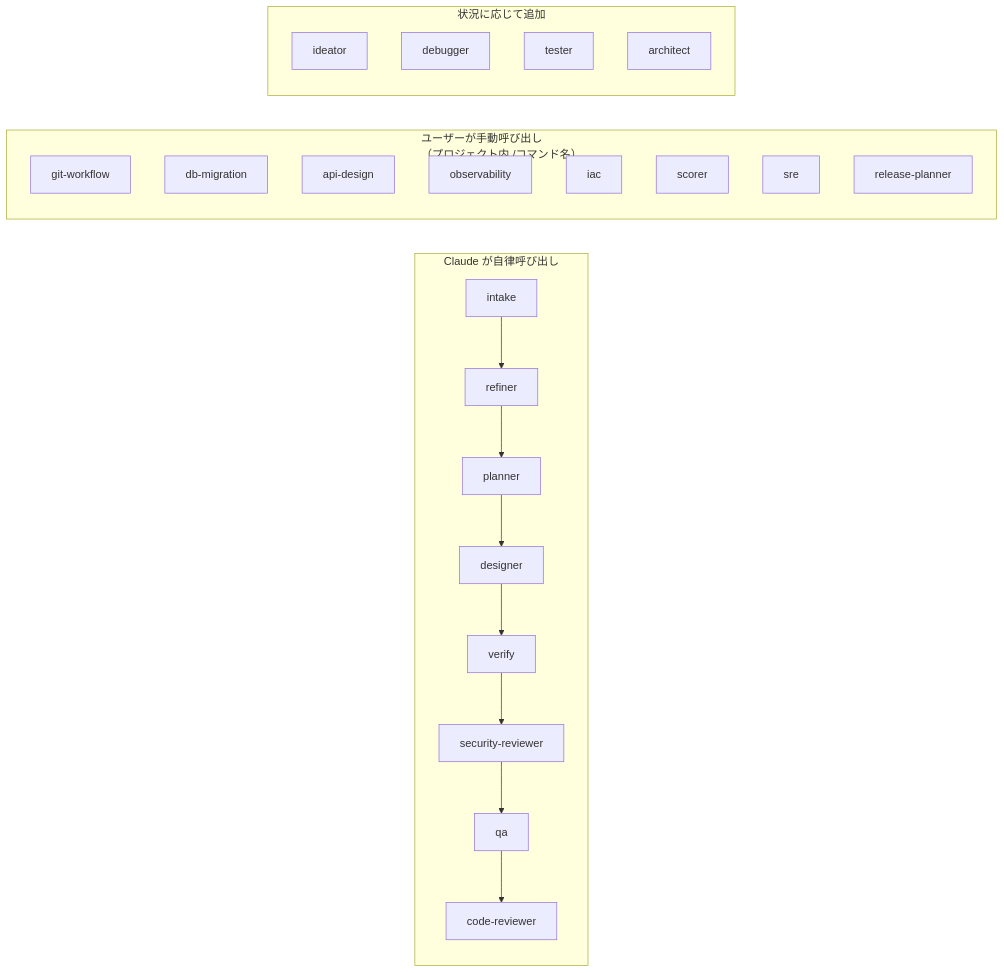
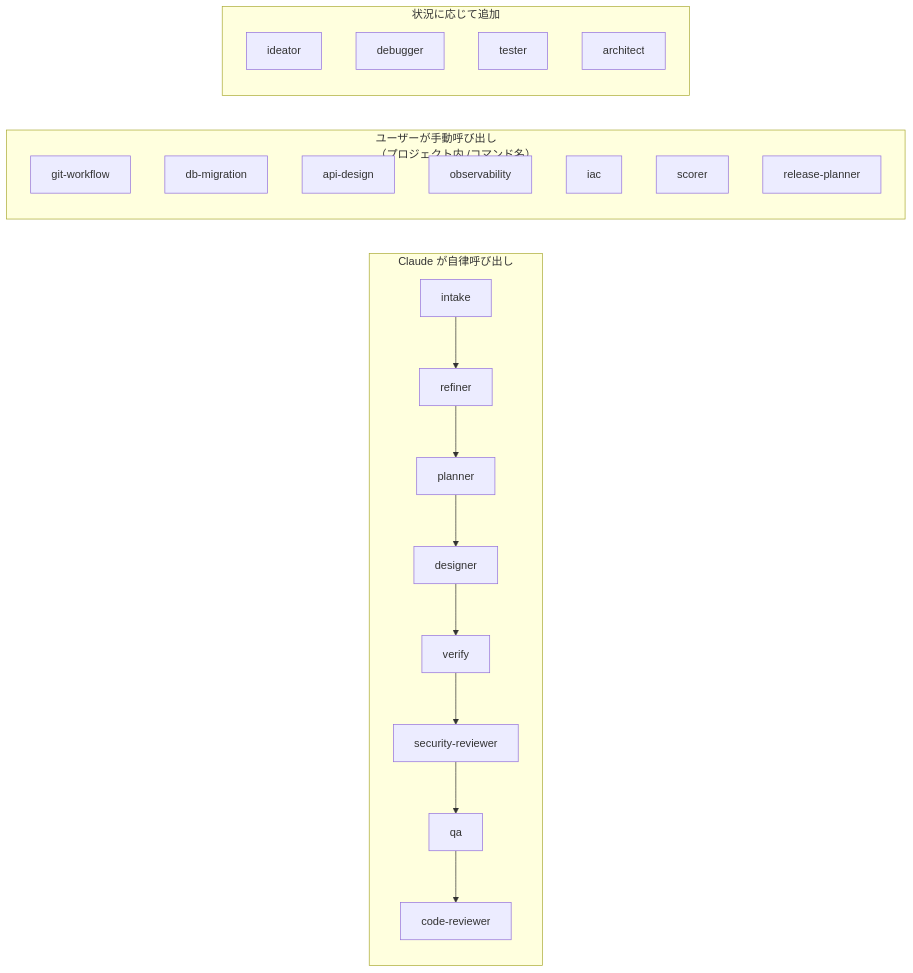
The third of 3 diagrams in claude/skills/craft/README.md (agaemo/dotfiles), drawn with Mermaid before and after one commit. The commit also changed 1 other file, not shown here.

Commit message:
修正: sre 削除に伴うドキュメント残存参照を除去
craft/README.md の mermaid 図と new-project フローの
オプション一覧から sre の記述を削除。

````diff
--- a/claude/skills/craft/README.md
+++ b/claude/skills/craft/README.md
@@ -106,29 +106,28 @@
 ```mermaid
 flowchart LR
     subgraph AUTO["Claude が自律呼び出し"]
         intake --> refiner --> planner
         planner --> designer
         designer --> verify
         verify --> security-reviewer
         security-reviewer --> qa
         qa --> code-reviewer
     end
 
     subgraph MANUAL["ユーザーが手動呼び出し\n（プロジェクト内 /コマンド名）"]
         git-workflow
         db-migration
         api-design
         observability
         iac
         scorer
-        sre
         release-planner
     end
 
     subgraph OPT["状況に応じて追加"]
         ideator
         debugger
         tester
         architect
     end
 ```
````
